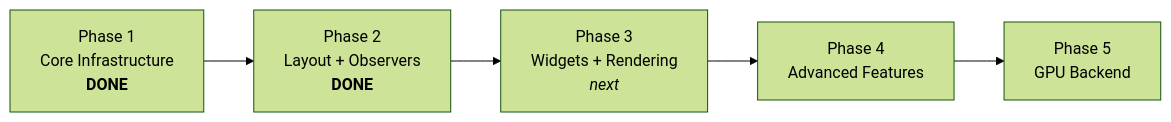
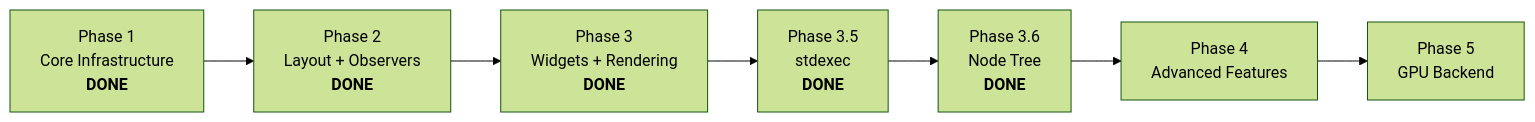
The sixth of 6 diagrams in README.md (jeandet/PRSIM), drawn with Mermaid (forest theme) before and after one commit. The commit also changed other lines of this file and 2 other files, not shown here.

Commit message:
docs: update README and design docs for Node layer and pre-C++26 support

````diff
--- a/README.md
+++ b/README.md
@@ -227,10 +232,12 @@
 ```mermaid
 graph LR
     P1["Phase 1<br/>Core Infrastructure<br/><b>DONE</b>"]
     P2["Phase 2<br/>Layout + Observers<br/><b>DONE</b>"]
-    P3["Phase 3<br/>Widgets + Rendering<br/><i>next</i>"]
+    P3["Phase 3<br/>Widgets + Rendering<br/><b>DONE</b>"]
+    P35["Phase 3.5<br/>stdexec<br/><b>DONE</b>"]
+    P36["Phase 3.6<br/>Node Tree<br/><b>DONE</b>"]
     P4["Phase 4<br/>Advanced Features"]
     P5["Phase 5<br/>GPU Backend"]
 
-    P1 --> P2 --> P3 --> P4 --> P5
+    P1 --> P2 --> P3 --> P35 --> P36 --> P4 --> P5
 ```
````
